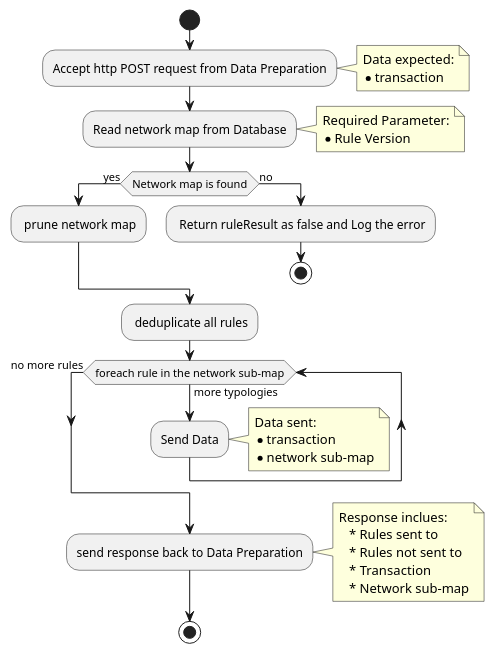
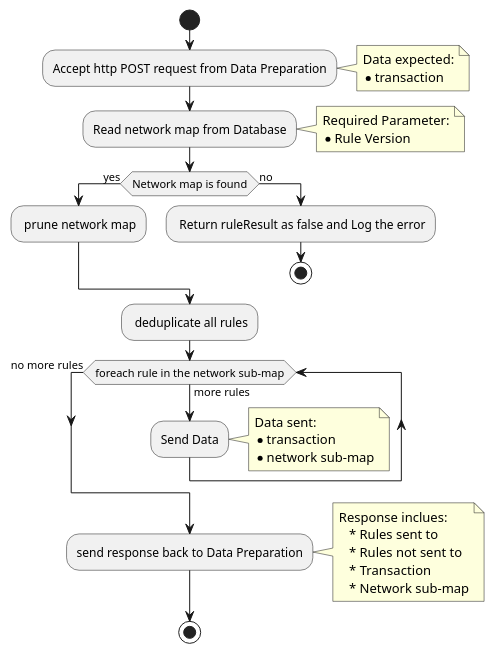
Before and after one commit to frmscoe/uml-diagrams: the diagram in services/CRSP.plantuml, drawn with PlantUML.

Commit message:
update activity diagram for CRSP

```diff
--- a/services/CRSP.plantuml
+++ b/services/CRSP.plantuml
@@ -1,37 +1,37 @@
 @startuml
 start
 :Accept http POST request from Data Preparation;
  note right
             Data expected:
             * transaction
         end note
 :Read network map from Database;
  note right
             Required Parameter:
             * Rule Version
         end note
 if (Network map is found) then (yes)
   : prune network map;
 else (no)
   : Return ruleResult as false and Log the error;
   stop
 endif
 : deduplicate all rules;
-while (foreach rule in the network sub-map) is (more typologies)
+while (foreach rule in the network sub-map) is (more rules)
     :Send Data;
      note right
             Data sent:
             * transaction
             * network sub-map
         end note
 endwhile (no more rules)
 :send response back to Data Preparation;
  note right
      Response inclues:
         * Rules sent to
         * Rules not sent to
         * Transaction
         * Network sub-map
      end note
 stop
 @enduml
```
